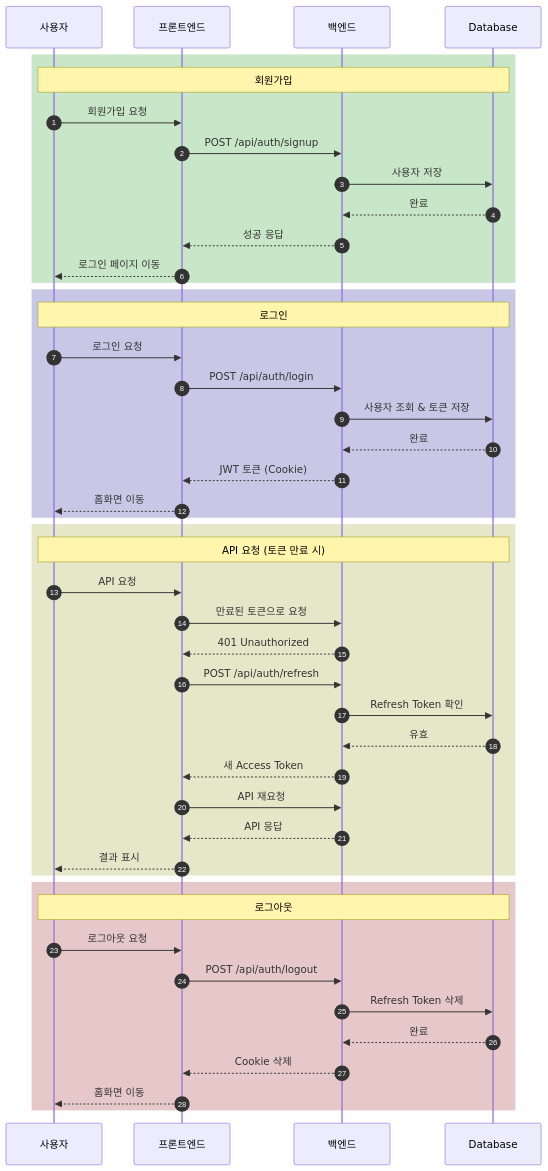
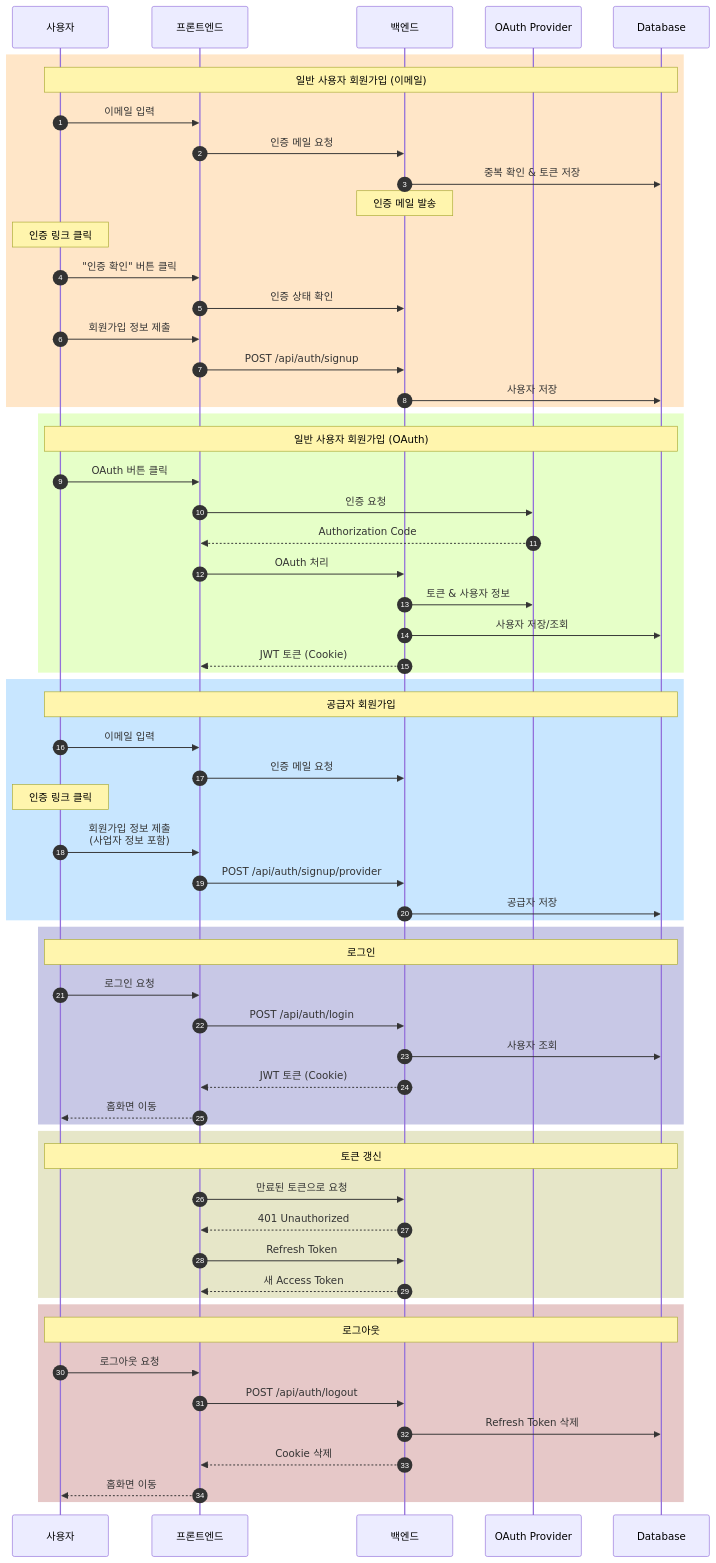
Before and after one commit to sw-campus/sw-campus-docs: the seventh of 7 diagrams in sequence/authrization/signup_login_diagram.md, drawn with Mermaid. The commit also changed other lines of this file and 1 other file, not shown here.

Commit message:
docs: Auth, Lecture, Review 설명, 다이어그램 추가

````diff
--- a/sequence/authrization/signup_login_diagram.md
+++ b/sequence/authrization/signup_login_diagram.md
@@ -120,52 +219,70 @@
 ```mermaid
 sequenceDiagram
     autonumber
     participant User as 사용자
     participant Frontend as 프론트엔드
     participant Backend as 백엔드
+    participant OAuth as OAuth Provider
     participant DB as Database
 
-    rect rgb(200, 230, 200)
-        Note over User, DB: 회원가입
-        User->>Frontend: 회원가입 요청
+    rect rgb(255, 230, 200)
+        Note over User, DB: 일반 사용자 회원가입 (이메일)
+        User->>Frontend: 이메일 입력
+        Frontend->>Backend: 인증 메일 요청
+        Backend->>DB: 중복 확인 & 토큰 저장
+        Note over Backend: 인증 메일 발송
+        Note over User: 인증 링크 클릭
+        User->>Frontend: "인증 확인" 버튼 클릭
+        Frontend->>Backend: 인증 상태 확인
+        User->>Frontend: 회원가입 정보 제출
         Frontend->>Backend: POST /api/auth/signup
         Backend->>DB: 사용자 저장
-        DB-->>Backend: 완료
-        Backend-->>Frontend: 성공 응답
-        Frontend-->>User: 로그인 페이지 이동
+    end
+
+    rect rgb(230, 255, 200)
+        Note over User, DB: 일반 사용자 회원가입 (OAuth)
+        User->>Frontend: OAuth 버튼 클릭
+        Frontend->>OAuth: 인증 요청
+        OAuth-->>Frontend: Authorization Code
+        Frontend->>Backend: OAuth 처리
+        Backend->>OAuth: 토큰 & 사용자 정보
+        Backend->>DB: 사용자 저장/조회
+        Backend-->>Frontend: JWT 토큰 (Cookie)
+    end
+
+    rect rgb(200, 230, 255)
+        Note over User, DB: 공급자 회원가입
+        User->>Frontend: 이메일 입력
+        Frontend->>Backend: 인증 메일 요청
+        Note over User: 인증 링크 클릭
+        User->>Frontend: 회원가입 정보 제출<br/>(사업자 정보 포함)
+        Frontend->>Backend: POST /api/auth/signup/provider
+        Backend->>DB: 공급자 저장
     end
 
     rect rgb(200, 200, 230)
         Note over User, DB: 로그인
         User->>Frontend: 로그인 요청
         Frontend->>Backend: POST /api/auth/login
-        Backend->>DB: 사용자 조회 & 토큰 저장
-        DB-->>Backend: 완료
+        Backend->>DB: 사용자 조회
         Backend-->>Frontend: JWT 토큰 (Cookie)
         Frontend-->>User: 홈화면 이동
     end
 
     rect rgb(230, 230, 200)
-        Note over User, DB: API 요청 (토큰 만료 시)
-        User->>Frontend: API 요청
+        Note over User, DB: 토큰 갱신
         Frontend->>Backend: 만료된 토큰으로 요청
         Backend-->>Frontend: 401 Unauthorized
-        Frontend->>Backend: POST /api/auth/refresh
-        Backend->>DB: Refresh Token 확인
-        DB-->>Backend: 유효
+        Frontend->>Backend: Refresh Token
         Backend-->>Frontend: 새 Access Token
-        Frontend->>Backend: API 재요청
-        Backend-->>Frontend: API 응답
-        Frontend-->>User: 결과 표시
     end
 
     rect rgb(230, 200, 200)
         Note over User, DB: 로그아웃
         User->>Frontend: 로그아웃 요청
         Frontend->>Backend: POST /api/auth/logout
         Backend->>DB: Refresh Token 삭제
-        DB-->>Backend: 완료
         Backend-->>Frontend: Cookie 삭제
         Frontend-->>User: 홈화면 이동
     end
 ```
````
